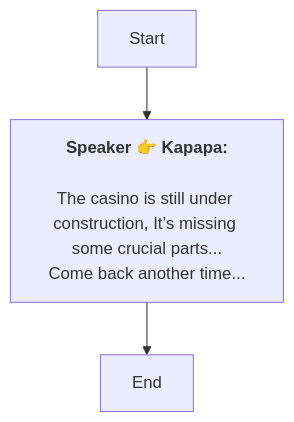
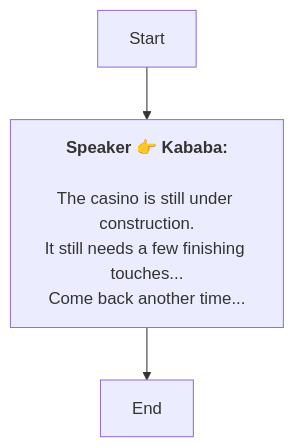
The diagram in En/Dialog_55255781166237.md (SoftHu/tos_avg), drawn with Mermaid before and after one commit. The commit also changed 312 other files, not shown here.

````diff
--- a/En/Dialog_55255781166237.md
+++ b/En/Dialog_55255781166237.md
@@ -1,9 +1,10 @@
 ```mermaid
 graph
-Start -->1768185128931202[<b>Speaker 👉 Kapapa:</b>
+Start -->1768185128931202[<b>Speaker 👉 Kababa:</b>
 
-The casino is still under construction, It’s missing some crucial parts...
+The casino is still under construction.
+It still needs a few finishing touches...
 Come back another time...]
 1768185128931202 -->1768185125289857[End]
 
  ```
````
